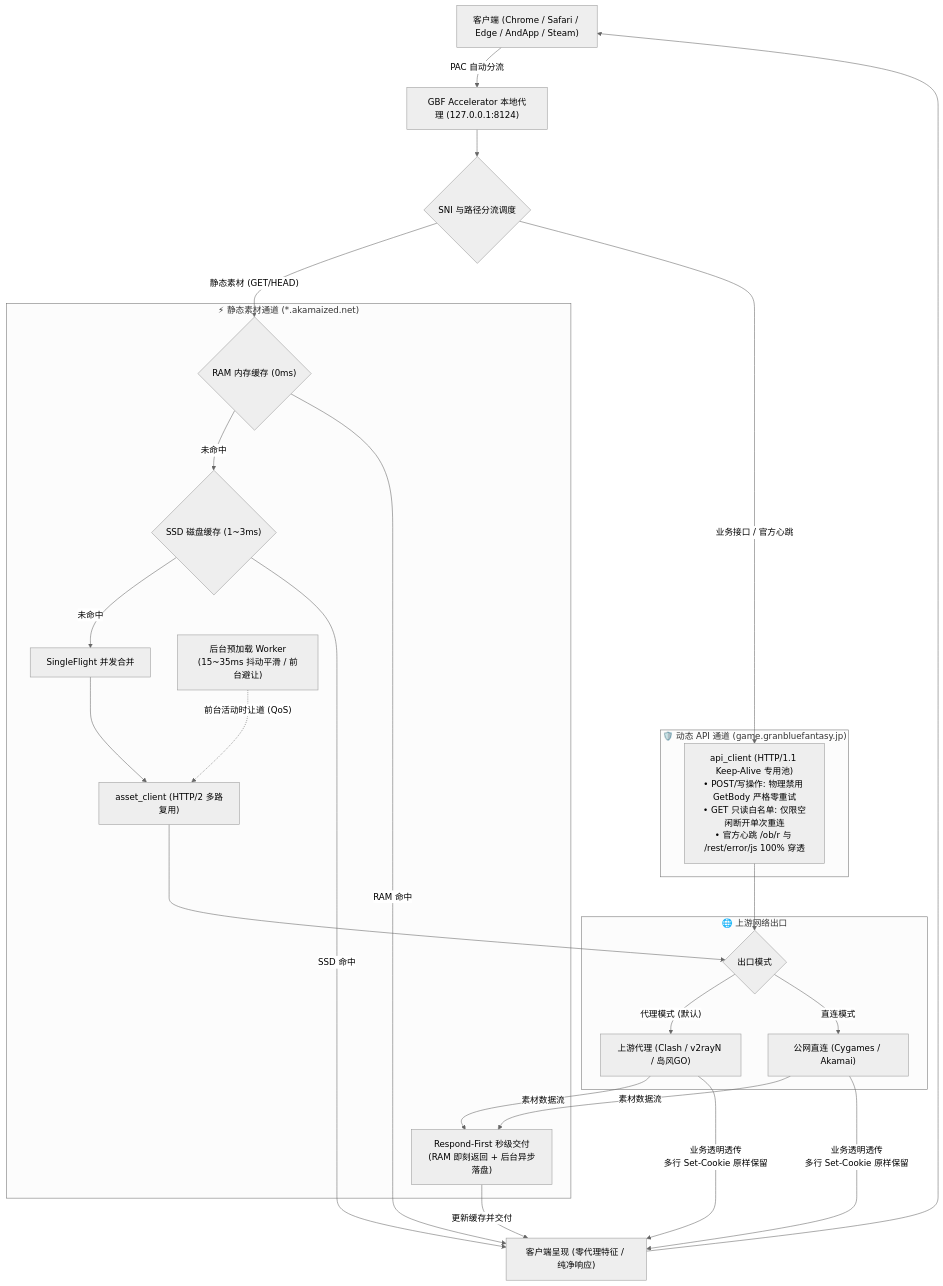
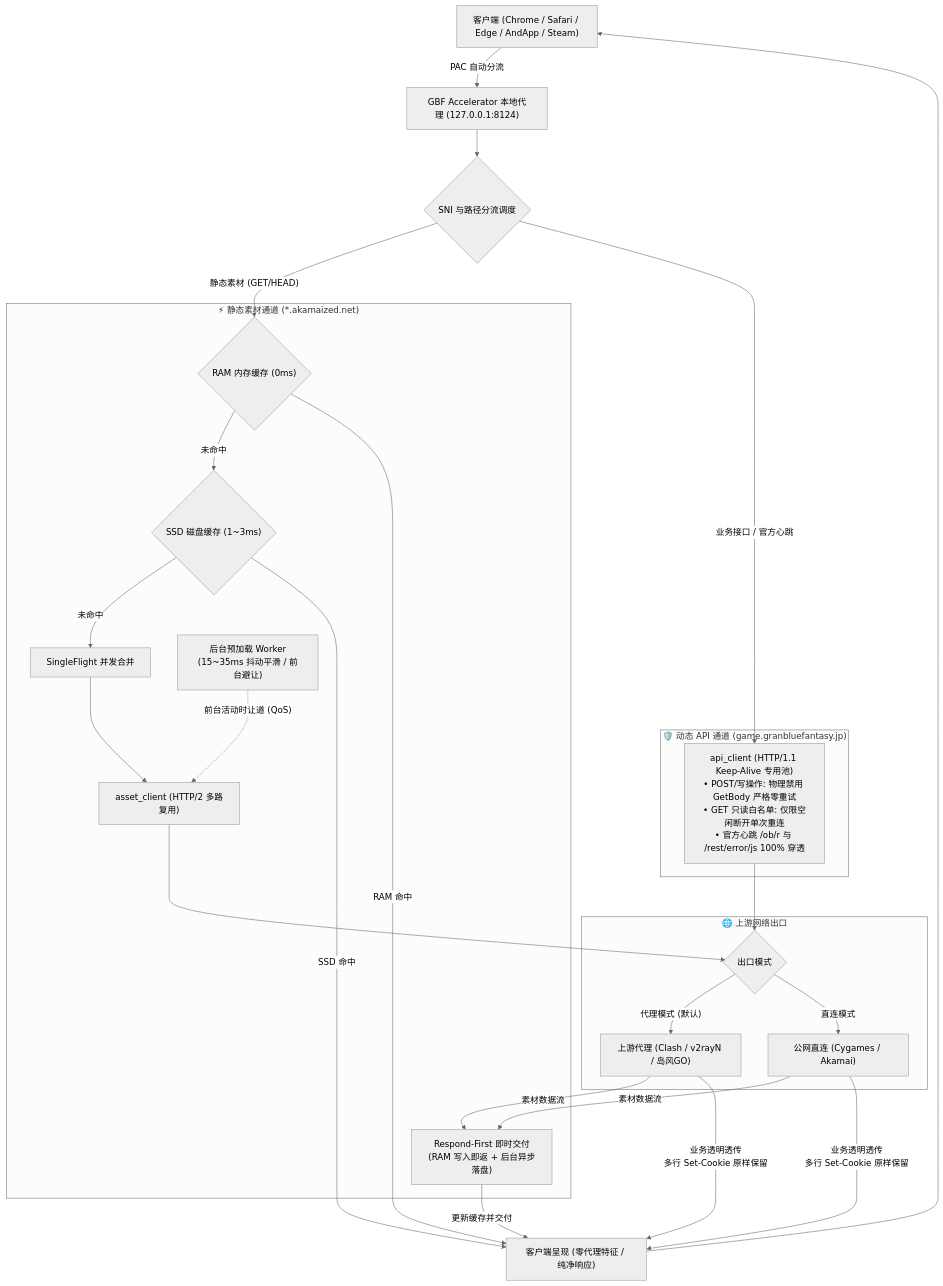
One commit to Sagisawa/GBF-Accelerator changed the diagram in README.md. Above: the diagram before and after it, drawn with Mermaid (neutral theme).

Commit message:
docs(readme): refine respond-first wording from second-level to instant delivery

````diff
--- a/README.md
+++ b/README.md
@@ -30,53 +30,53 @@
 ```mermaid
 flowchart TD
     Client["客户端 (Chrome / Safari / Edge / AndApp / Steam)"]
     Proxy["GBF Accelerator 本地代理 (127.0.0.1:8124)"]
     Dispatcher{"SNI 与路径分流调度"}
     
     Client -->|"PAC 自动分流"| Proxy
     Proxy --> Dispatcher
 
     subgraph AssetChannel ["⚡ 静态素材通道 (*.akamaized.net)"]
         RAMCheck{"RAM 内存缓存 (0ms)"}
         DiskCheck{"SSD 磁盘缓存 (1~3ms)"}
         SingleFlight["SingleFlight 并发合并"]
         AssetClient["asset_client (HTTP/2 多路复用)"]
-        CacheStore["Respond-First 秒级交付<br/>(RAM 即刻返回 + 后台异步落盘)"]
+        CacheStore["Respond-First 即时交付<br/>(RAM 写入即返 + 后台异步落盘)"]
         PrefetchWorker["后台预加载 Worker<br/>(15~35ms 抖动平滑 / 前台避让)"]
         
         RAMCheck -->|"未命中"| DiskCheck
         DiskCheck -->|"未命中"| SingleFlight
         SingleFlight --> AssetClient
         PrefetchWorker -.->|"前台活动时让道 (QoS)"| AssetClient
     end
 
     subgraph APIChannel ["🛡️ 动态 API 通道 (game.granbluefantasy.jp)"]
         APIClient["api_client (HTTP/1.1 Keep-Alive 专用池)<br/>• POST/写操作: 物理禁用 GetBody 严格零重试<br/>• GET 只读白名单: 仅限空闲断开单次重连<br/>• 官方心跳 /ob/r 与 /rest/error/js 100% 穿透"]
     end
 
     subgraph UpstreamGateway ["🌐 上游网络出口"]
         UpstreamMode{"出口模式"}
         UpstreamProxy["上游代理 (Clash / v2rayN / 岛风GO)"]
         DirectNet["公网直连 (Cygames / Akamai)"]
         
         UpstreamMode -->|"代理模式 (默认)"| UpstreamProxy
         UpstreamMode -->|"直连模式"| DirectNet
     end
 
     Dispatcher -->|"静态素材 (GET/HEAD)"| RAMCheck
     Dispatcher -->|"业务接口 / 官方心跳"| APIClient
 
     AssetClient --> UpstreamMode
     APIClient --> UpstreamMode
 
     UpstreamProxy -->|"素材数据流"| CacheStore
     DirectNet -->|"素材数据流"| CacheStore
     CacheStore -->|"更新缓存并交付"| ResponseDeliver["客户端呈现 (零代理特征 / 纯净响应)"]
 
     RAMCheck -->|"RAM 命中"| ResponseDeliver
     DiskCheck -->|"SSD 命中"| ResponseDeliver
 
     UpstreamProxy -->|"业务透明透传<br/>多行 Set-Cookie 原样保留"| ResponseDeliver
     DirectNet -->|"业务透明透传<br/>多行 Set-Cookie 原样保留"| ResponseDeliver
     ResponseDeliver --> Client
 ```
````
